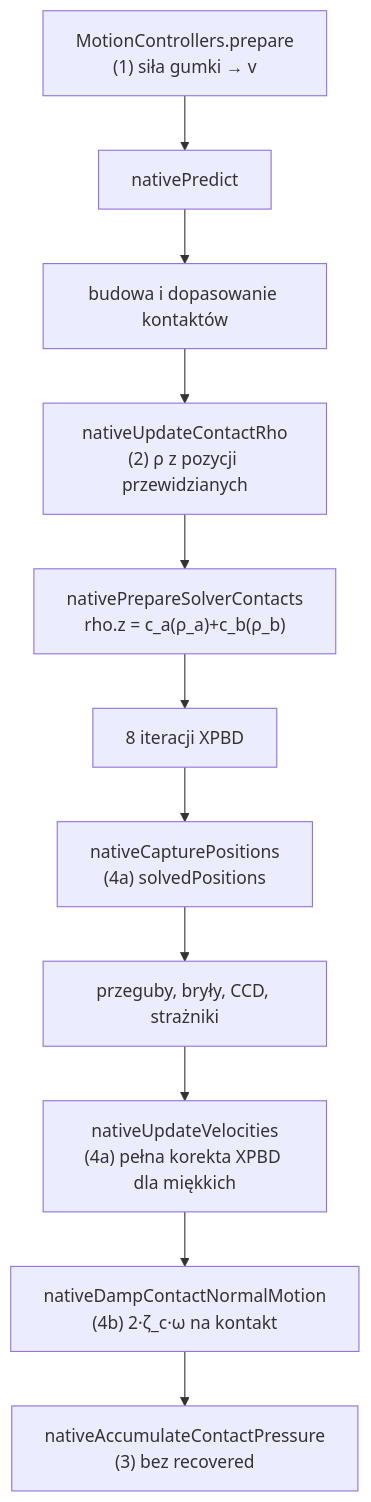
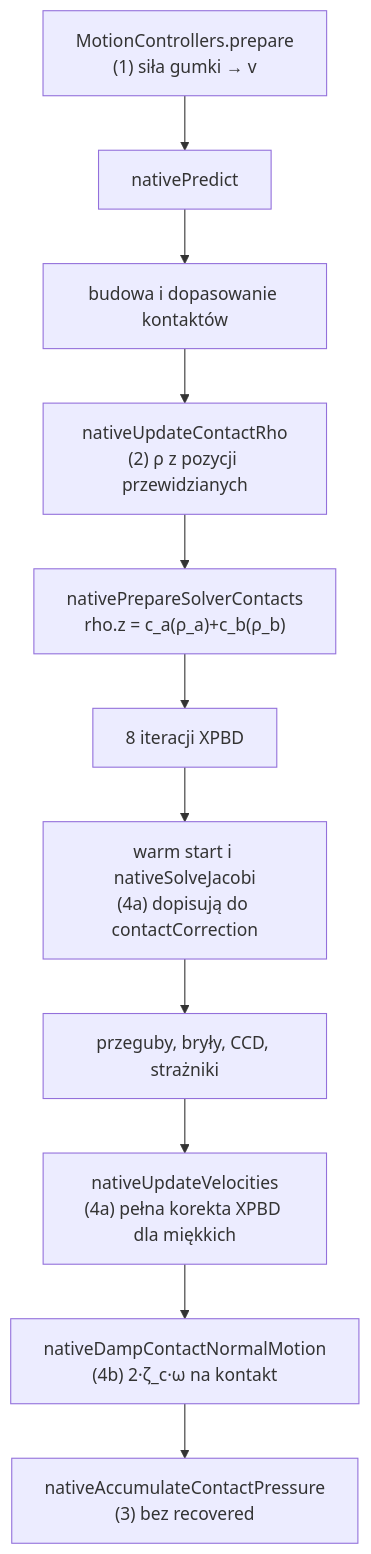
One commit to MariuszAdamowicz/BubblePhysics changed the third of 3 diagrams in docs/sdlc/changes/2026-11-19-engine-v2-3-0/change-design.md. Above: the diagram before and after it, drawn with Mermaid. The commit also changed other lines of this file, not shown here.

````diff
--- a/docs/sdlc/changes/2026-11-19-engine-v2-3-0/change-design.md
+++ b/docs/sdlc/changes/2026-11-19-engine-v2-3-0/change-design.md
@@ -144,13 +144,13 @@
 ```mermaid
 flowchart TD
   prep["MotionControllers.prepare<br/>(1) siła gumki → v"] --> predict["nativePredict"]
   predict --> contacts["budowa i dopasowanie kontaktów"]
   contacts --> rho["nativeUpdateContactRho<br/>(2) ρ z pozycji przewidzianych"]
   rho --> prepc["nativePrepareSolverContacts<br/>rho.z = c_a(ρ_a)+c_b(ρ_b)"]
   prepc --> iters["8 iteracji XPBD"]
-  iters --> cap["nativeCapturePositions<br/>(4a) solvedPositions"]
+  iters --> cap["warm start i nativeSolveJacobi<br/>(4a) dopisują do contactCorrection"]
   cap --> guards["przeguby, bryły, CCD, strażniki"]
   guards --> vel["nativeUpdateVelocities<br/>(4a) pełna korekta XPBD dla miękkich"]
   vel --> damp["nativeDampContactNormalMotion<br/>(4b) 2·ζ_c·ω na kontakt"]
   damp --> contour["nativeAccumulateContactPressure<br/>(3) bez recovered"]
 ```
````
